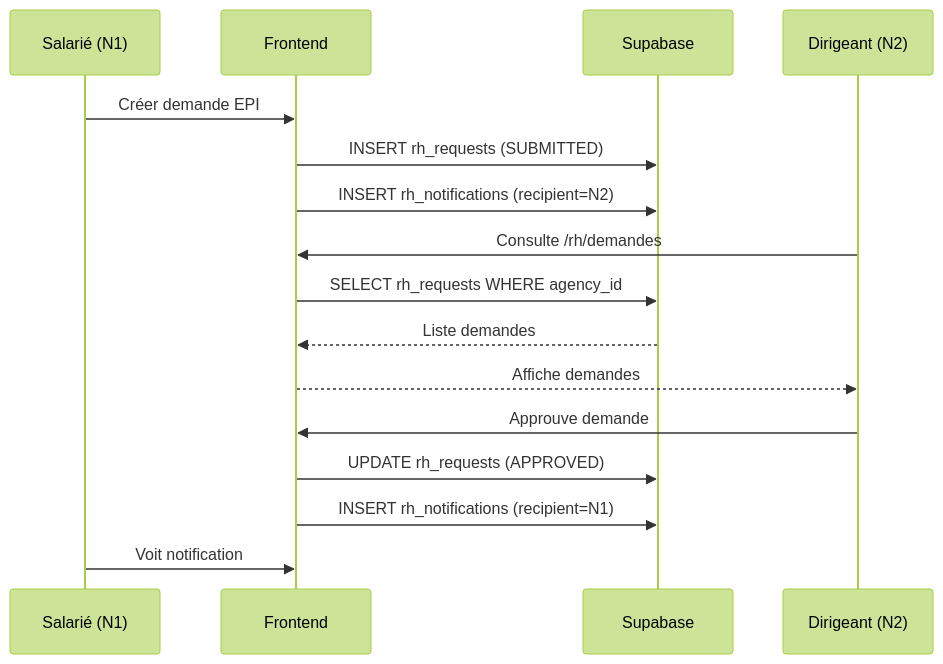
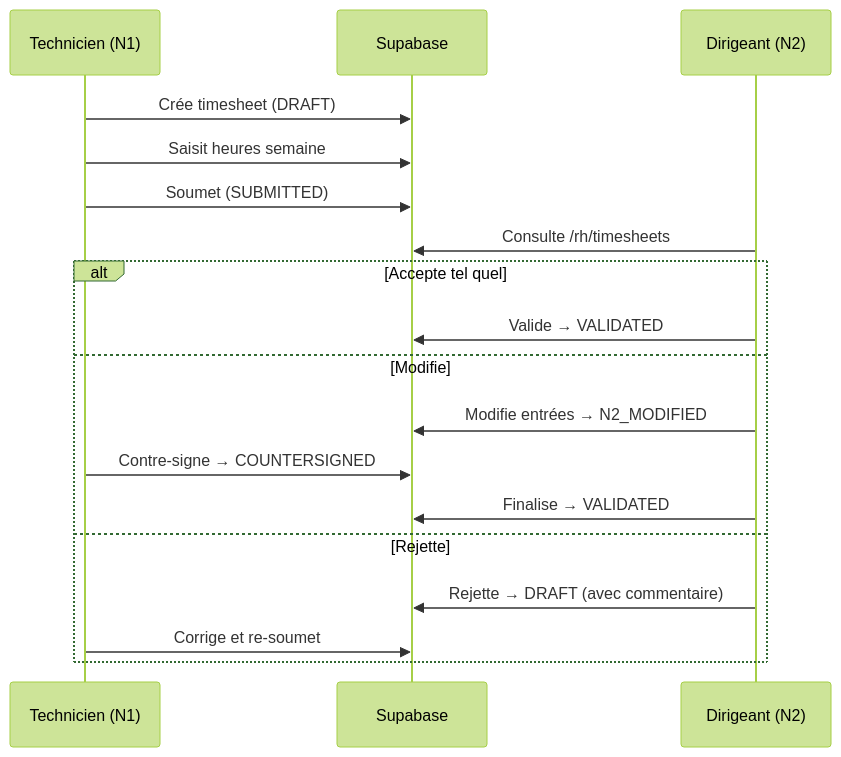
Before and after one commit to BIJ40/operia: the second of 3 diagrams in docs/AUDIT_MODULE_RH.md, drawn with Mermaid (forest theme). The commit also changed other lines of this file and 34 other files, not shown here.

````diff
--- a/docs/AUDIT_MODULE_RH.md
+++ b/docs/AUDIT_MODULE_RH.md
@@ -315,19 +250,21 @@
 ```mermaid
 sequenceDiagram
-    participant N1 as Salarié (N1)
-    participant FE as Frontend
+    participant N1 as Technicien (N1)
     participant DB as Supabase
     participant N2 as Dirigeant (N2)
 
-    N1->>FE: Créer demande EPI
-    FE->>DB: INSERT rh_requests (SUBMITTED)
-    FE->>DB: INSERT rh_notifications (recipient=N2)
-    N2->>FE: Consulte /rh/demandes
-    FE->>DB: SELECT rh_requests WHERE agency_id
-    DB-->>FE: Liste demandes
-    FE-->>N2: Affiche demandes
-    N2->>FE: Approuve demande
-    FE->>DB: UPDATE rh_requests (APPROVED)
-    FE->>DB: INSERT rh_notifications (recipient=N1)
-    N1->>FE: Voit notification
+    N1->>DB: Crée timesheet (DRAFT)
+    N1->>DB: Saisit heures semaine
+    N1->>DB: Soumet (SUBMITTED)
+    N2->>DB: Consulte /rh/timesheets
+    alt Accepte tel quel
+        N2->>DB: Valide → VALIDATED
+    else Modifie
+        N2->>DB: Modifie entrées → N2_MODIFIED
+        N1->>DB: Contre-signe → COUNTERSIGNED
+        N2->>DB: Finalise → VALIDATED
+    else Rejette
+        N2->>DB: Rejette → DRAFT (avec commentaire)
+        N1->>DB: Corrige et re-soumet
+    end
 ```
````
